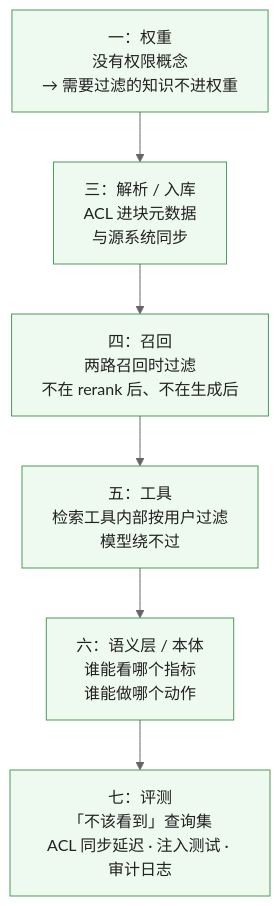
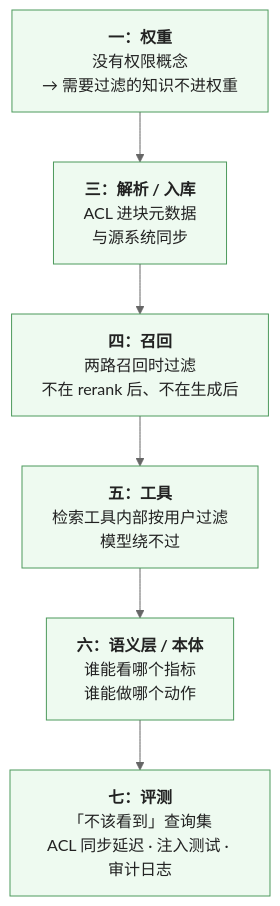
The fourth of 4 diagrams in _posts/2026-10-19-retrieval-and-knowledge-series-recap-and-self-test.md (arganzheng/arganzheng.github.com), drawn with Mermaid (neutral theme) before and after one commit. The commit also changed other lines of this file and 7 other files, not shown here.

First line of the commit message:
检索与知识接入：私域知识怎么进入模型：Mermaid 多行方框的首行标为标题（8 篇）

````diff
--- a/_posts/2026-10-19-retrieval-and-knowledge-series-recap-and-self-test.md
+++ b/_posts/2026-10-19-retrieval-and-knowledge-series-recap-and-self-test.md
@@ -187,11 +187,11 @@
 ```mermaid
 %% 图：权限在每一层的落点——权重没有权限概念（一）；解析时 ACL 进块的元数据并与源系统同步（三）；两路召回时过滤，不在 rerank 后、更不在生成后（四）；检索工具内部按调用用户过滤，模型绕不过（五）；语义层与本体定义谁能看哪个指标、做哪个动作（六）；「不该看到」查询集定期跑（七）
 flowchart TB
-    P1["一：权重<br/>没有权限概念<br/>→ 需要过滤的知识不进权重"] --> P3["三：解析 / 入库<br/>ACL 进块元数据<br/>与源系统同步"]
-    P3 --> P4["四：召回<br/>两路召回时过滤<br/>不在 rerank 后、不在生成后"]
-    P4 --> P5["五：工具<br/>检索工具内部按用户过滤<br/>模型绕不过"]
-    P5 --> P6["六：语义层 / 本体<br/>谁能看哪个指标<br/>谁能做哪个动作"]
-    P6 --> P7["七：评测<br/>「不该看到」查询集<br/>ACL 同步延迟 · 注入测试 · 审计日志"]
+    P1["<b>一：权重</b><br/>没有权限概念<br/>→ 需要过滤的知识不进权重"] --> P3["<b>三：解析 / 入库</b><br/>ACL 进块元数据<br/>与源系统同步"]
+    P3 --> P4["<b>四：召回</b><br/>两路召回时过滤<br/>不在 rerank 后、不在生成后"]
+    P4 --> P5["<b>五：工具</b><br/>检索工具内部按用户过滤<br/>模型绕不过"]
+    P5 --> P6["<b>六：语义层 / 本体</b><br/>谁能看哪个指标<br/>谁能做哪个动作"]
+    P6 --> P7["<b>七：评测</b><br/>「不该看到」查询集<br/>ACL 同步延迟 · 注入测试 · 审计日志"]
     classDef p fill:#eefaf0,stroke:#4d9a5c,color:#222
     class P1,P3,P4,P5,P6,P7 p
 ```
````
